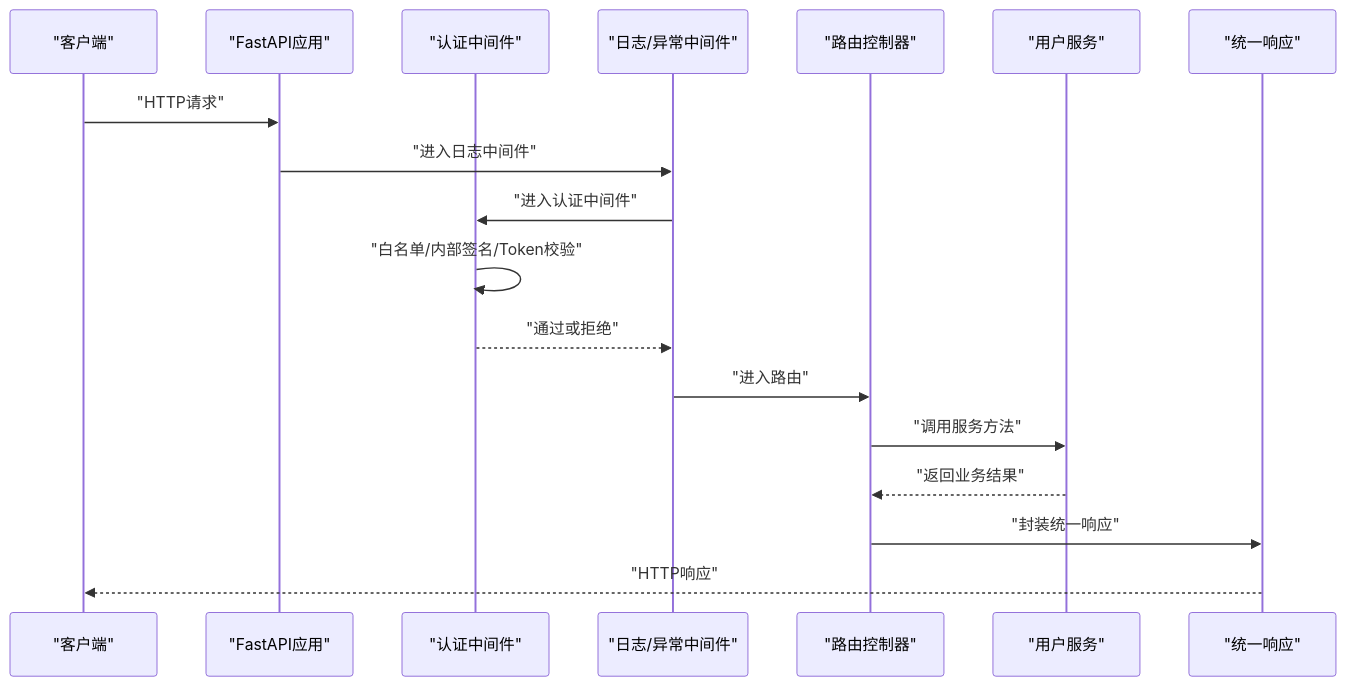
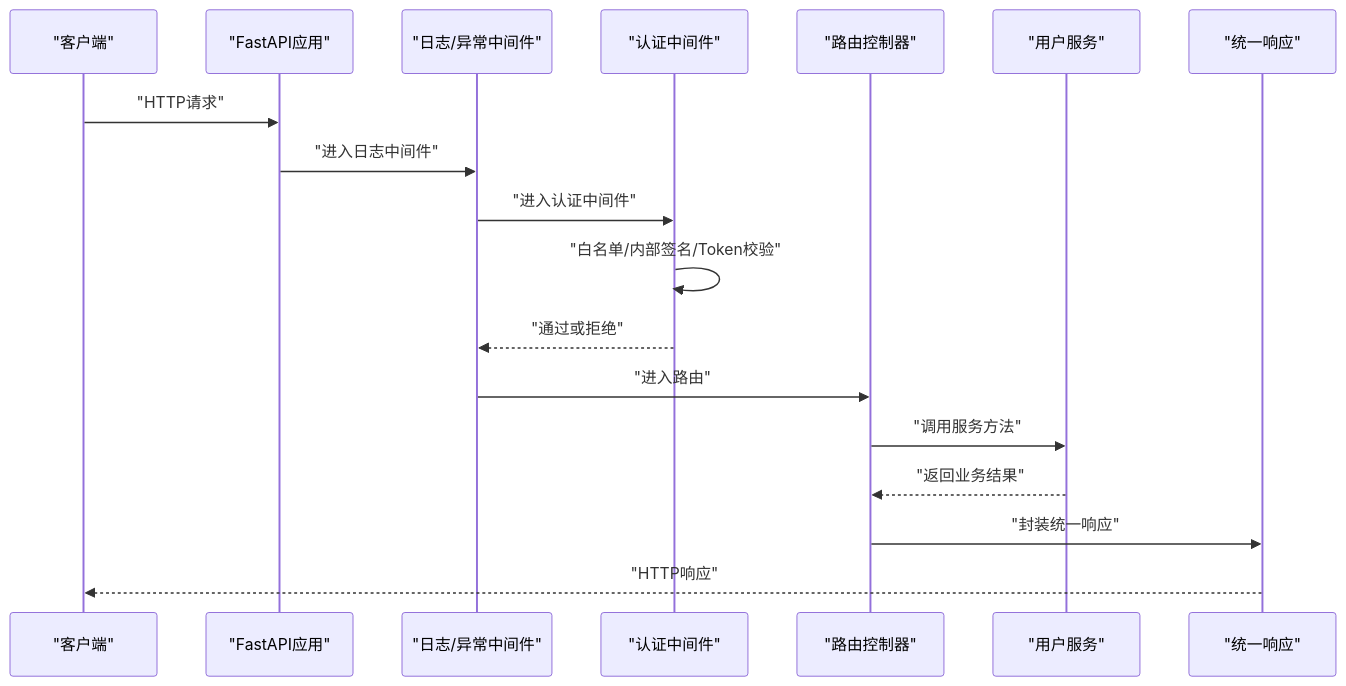
The second of 3 diagrams in .qoder/repowiki/zh/content/API接口文档/API接口文档.md (lilinzezzzzzz/fastapi-backend), drawn with Mermaid before and after one commit. The commit also changed other lines of this file and 42 other files, not shown here.

````diff
--- a/.qoder/repowiki/zh/content/API接口文档/API接口文档.md
+++ b/.qoder/repowiki/zh/content/API接口文档/API接口文档.md
@@ -115,20 +124,20 @@
 ```mermaid
 sequenceDiagram
 participant Client as "客户端"
 participant App as "FastAPI应用"
+participant RecorderMW as "日志/异常中间件"
 participant AuthMW as "认证中间件"
-participant RecorderMW as "日志/异常中间件"
 participant Router as "路由控制器"
 participant Svc as "用户服务"
 participant Resp as "统一响应"
 Client->>App : "HTTP请求"
 App->>RecorderMW : "进入日志中间件"
 RecorderMW->>AuthMW : "进入认证中间件"
 AuthMW->>AuthMW : "白名单/内部签名/Token校验"
 AuthMW-->>RecorderMW : "通过或拒绝"
 RecorderMW->>Router : "进入路由"
 Router->>Svc : "调用服务方法"
 Svc-->>Router : "返回业务结果"
 Router->>Resp : "封装统一响应"
 Resp-->>Client : "HTTP响应"
 ```
````
